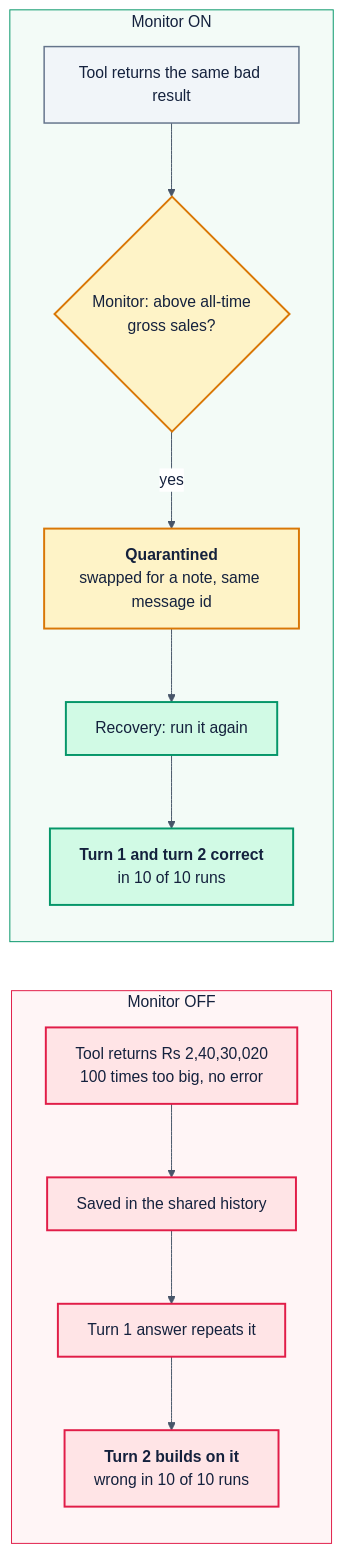
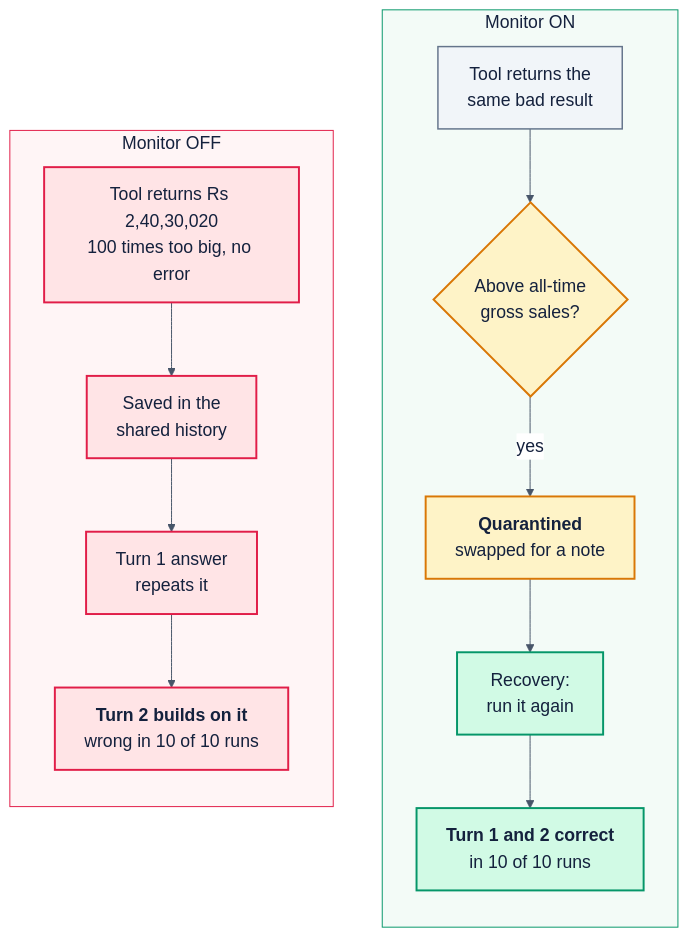
Before and after one commit to Swaraj-Mandre/FailureDetectionAgent: the diagram in report/diagrams/mermaid/04_containment.mmd, drawn with Mermaid. The commit also changed 11 other files, not shown here.

First line of the commit message:
Render the five diagrams ourselves and place them in the report

```diff
--- a/report/diagrams/mermaid/04_containment.mmd
+++ b/report/diagrams/mermaid/04_containment.mmd
@@ -1,35 +1,34 @@
-%%{init: {"theme": "base", "themeVariables": {"fontFamily": "Segoe UI", "fontSize": "16px", "lineColor": "#475569", "primaryTextColor": "#14213D", "edgeLabelBackground": "#FFFFFF"}}}%%
+%%{init: {"theme": "base", "themeVariables": {"fontFamily": "Segoe UI", "fontSize": "18px", "lineColor": "#475569", "primaryTextColor": "#14213D", "edgeLabelBackground": "#FFFFFF"}}}%%
 flowchart LR
     subgraph OFF["Monitor OFF"]
-        direction TB
         A1["Tool returns Rs 2,40,30,020<br/>100 times too big, no error"]
-        A2["Saved in the shared history"]
-        A3["Turn 1 answer repeats it"]
+        A2["Saved in the<br/>shared history"]
+        A3["Turn 1 answer<br/>repeats it"]
         A4["<b>Turn 2 builds on it</b><br/>wrong in 10 of 10 runs"]
         A1 --> A2
         A2 --> A3
         A3 --> A4
     end
     subgraph ON["Monitor ON"]
-        direction TB
-        B1["Tool returns the same bad result"]
-        B2{"Monitor: above all-time<br/>gross sales?"}
-        B3["<b>Quarantined</b><br/>swapped for a note, same message id"]
-        B4["Recovery: run it again"]
-        B5["<b>Turn 1 and turn 2 correct</b><br/>in 10 of 10 runs"]
+        B1["Tool returns the<br/>same bad result"]
+        B2{"Above all-time<br/>gross sales?"}
+        B3["<b>Quarantined</b><br/>swapped for a note"]
+        B4["Recovery:<br/>run it again"]
+        B5["<b>Turn 1 and 2 correct</b><br/>in 10 of 10 runs"]
         B1 --> B2
         B2 -->|yes| B3
         B3 --> B4
         B4 --> B5
     end
+    OFF ~~~ ON
 
     classDef bad fill:#FFE4E6,stroke:#E11D48,stroke-width:2px,color:#14213D
     classDef check fill:#FEF3C7,stroke:#D97706,stroke-width:2px,color:#14213D
     classDef fix fill:#D1FAE5,stroke:#059669,stroke-width:2px,color:#14213D
     classDef plain fill:#F1F5F9,stroke:#64748B,stroke-width:1.5px,color:#14213D
     class A1,A2,A3,A4 bad
     class B1 plain
     class B2,B3 check
     class B4,B5 fix
     style OFF fill:#FFF5F6,stroke:#E11D48,stroke-width:1px,color:#14213D
     style ON fill:#F3FBF7,stroke:#059669,stroke-width:1px,color:#14213D
```
